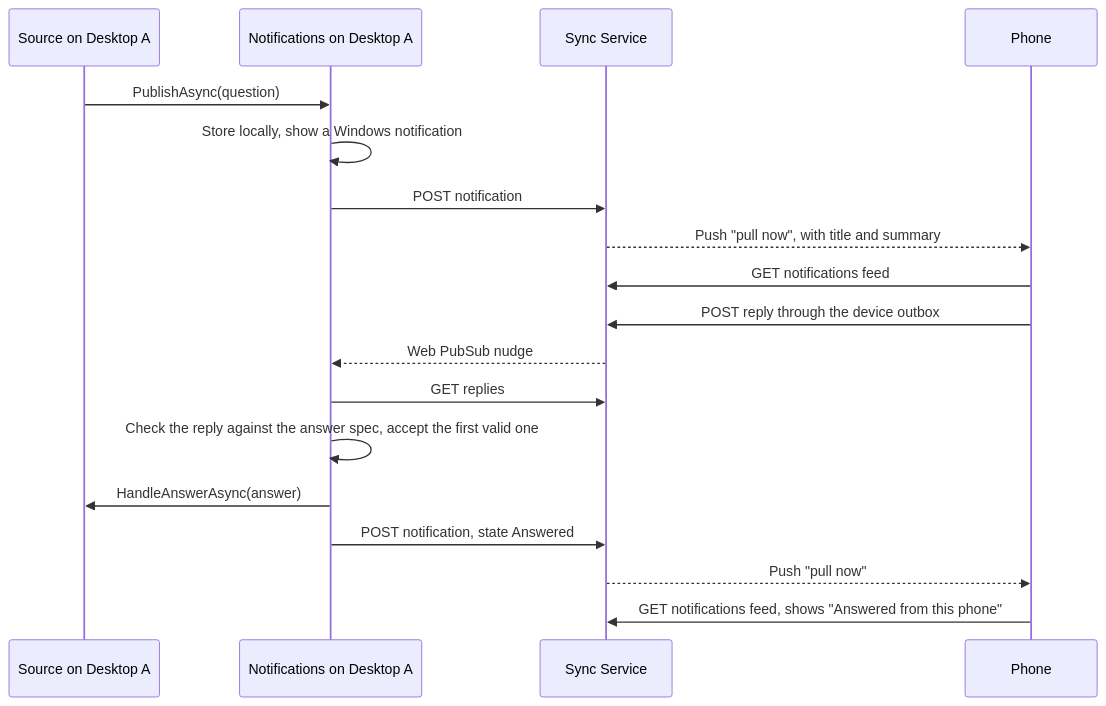
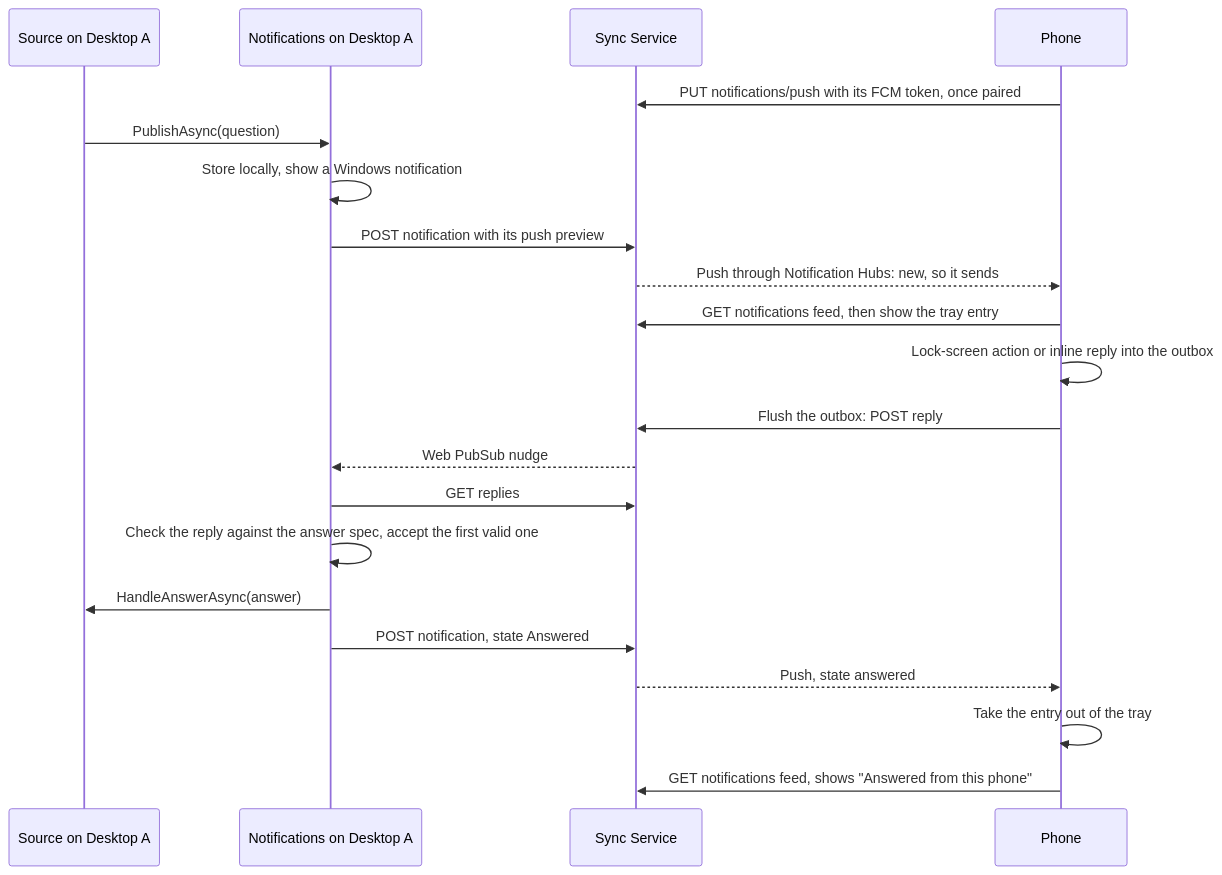
Diagram 15 of 15 in .devbook/arc42/06-runtime-view.md (JSdotNet/Backlog), drawn with Mermaid before and after one commit. The commit also changed other lines of this file and 86 other files, not shown here.

First line of the commit message:
feat(notifications): push to Android through Notification Hubs

````diff
--- a/.devbook/arc42/06-runtime-view.md
+++ b/.devbook/arc42/06-runtime-view.md
@@ -753,21 +754,24 @@
 ```mermaid
 sequenceDiagram
     participant Source as Source on Desktop A
     participant Owner as Notifications on Desktop A
     participant Sync as Sync Service
     participant Phone as Phone
 
+    Phone->>Sync: PUT notifications/push with its FCM token, once paired
     Source->>Owner: PublishAsync(question)
     Owner->>Owner: Store locally, show a Windows notification
-    Owner->>Sync: POST notification
-    Sync-->>Phone: Push "pull now", with title and summary
-    Phone->>Sync: GET notifications feed
-    Phone->>Sync: POST reply through the device outbox
+    Owner->>Sync: POST notification with its push preview
+    Sync-->>Phone: Push through Notification Hubs: new, so it sends
+    Phone->>Sync: GET notifications feed, then show the tray entry
+    Phone->>Phone: Lock-screen action or inline reply into the outbox
+    Phone->>Sync: Flush the outbox: POST reply
     Sync-->>Owner: Web PubSub nudge
     Owner->>Sync: GET replies
     Owner->>Owner: Check the reply against the answer spec, accept the first valid one
     Owner->>Source: HandleAnswerAsync(answer)
     Owner->>Sync: POST notification, state Answered
-    Sync-->>Phone: Push "pull now"
+    Sync-->>Phone: Push, state answered
+    Phone->>Phone: Take the entry out of the tray
     Phone->>Sync: GET notifications feed, shows "Answered from this phone"
 ```
````
